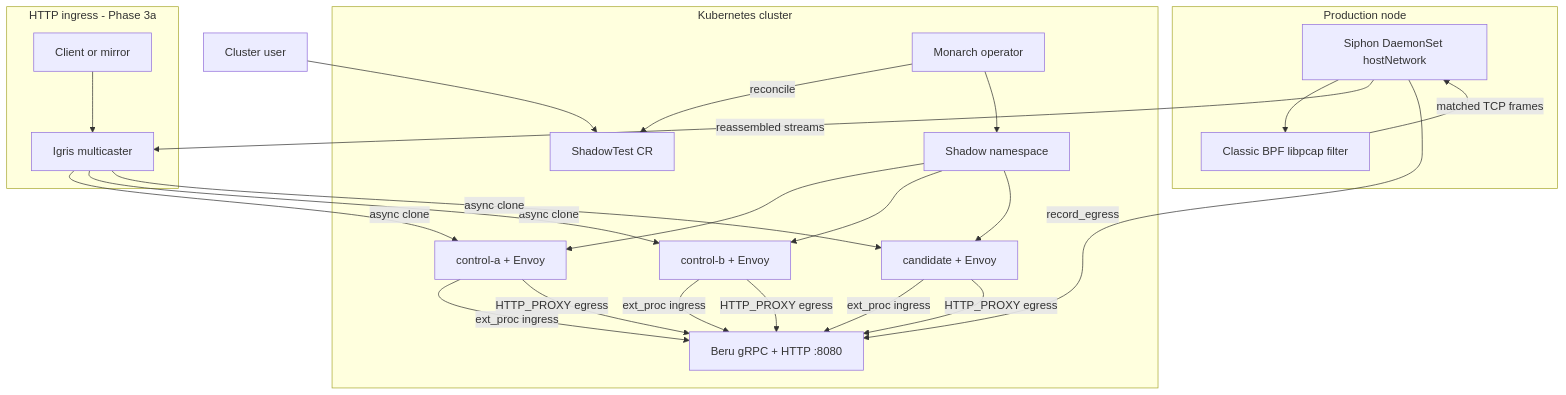
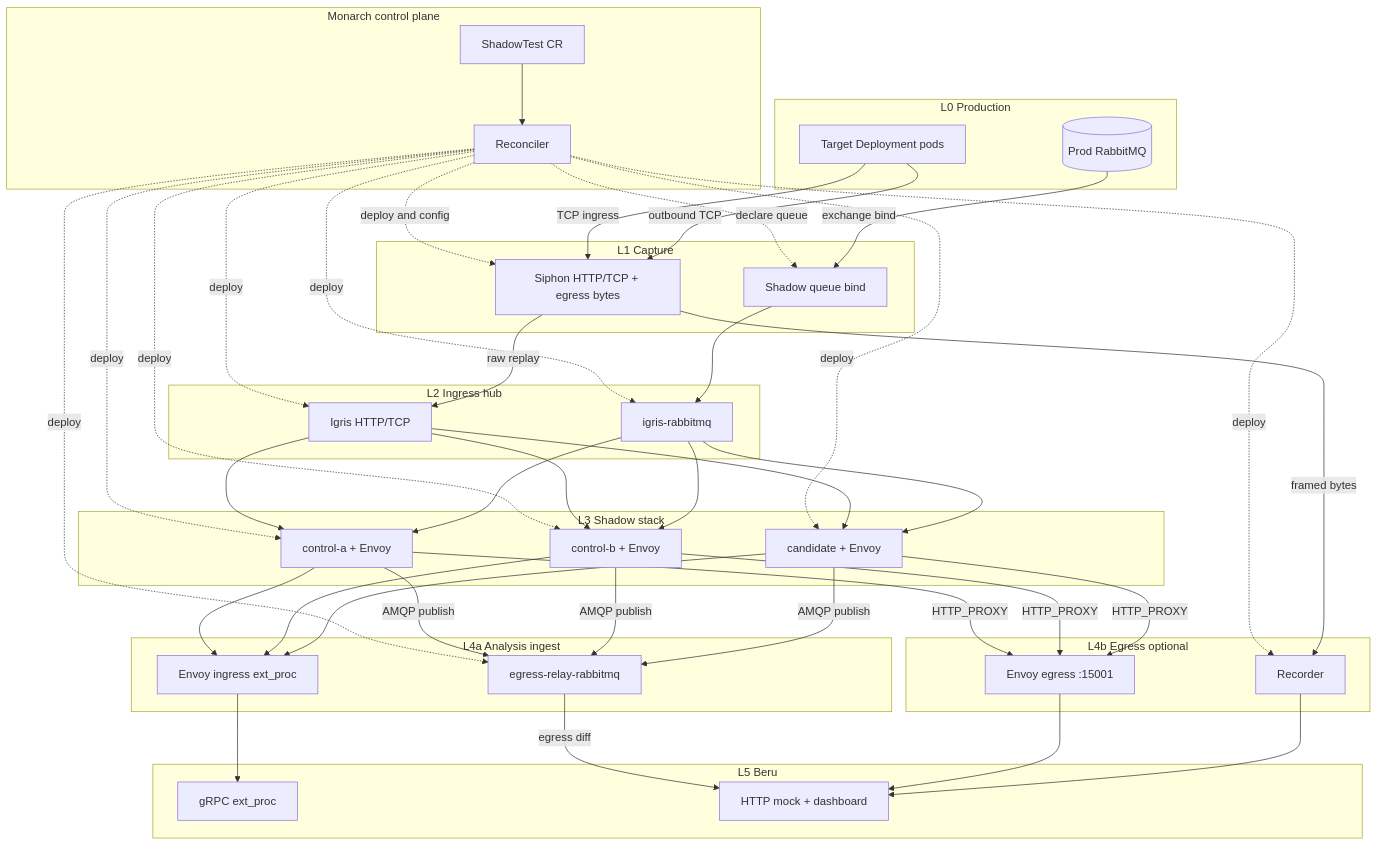
Before and after one commit to nederrgo/shadow-diff: the second of 5 diagrams in docs/architecture/ARCHITECTURE.md, drawn with Mermaid. The commit also changed other lines of this file and 4 other files, not shown here.

````diff
--- a/docs/architecture/ARCHITECTURE.md
+++ b/docs/architecture/ARCHITECTURE.md
@@ -38,41 +127,84 @@
 ```mermaid
 flowchart TB
-  subgraph prod [Production node]
-    Cap[Siphon DaemonSet hostNetwork]
-    BPF[Classic BPF libpcap filter]
-    Cap --> BPF
+  subgraph monarch [Monarch control plane]
+    CR[ShadowTest CR]
+    M[Reconciler]
+    CR --> M
   end
-  subgraph ingress [HTTP ingress - Phase 3a]
-    Client[Client or mirror]
-    Igris[Igris multicaster]
+
+  subgraph prod [L0 Production]
+    ProdPod[Target Deployment pods]
+    ProdBroker[(Prod RabbitMQ)]
   end
-  subgraph cluster [Kubernetes cluster]
-    CR[ShadowTest CR]
-    Monarch[Monarch operator]
-    SNS[Shadow namespace]
+
+  subgraph capture [L1 Capture]
+    Siphon[Siphon HTTP/TCP + egress bytes]
+    RMQBind[Shadow queue bind]
+  end
+
+  subgraph ingress [L2 Ingress hub]
+    IgrisHTTP[Igris HTTP/TCP]
+    IgrisRMQ[igris-rabbitmq]
+  end
+
+  subgraph shadow [L3 Shadow stack]
     A[control-a + Envoy]
     B[control-b + Envoy]
     C[candidate + Envoy]
-    Beru[Beru gRPC + HTTP :8080]
   end
 
-  Client --> Igris
-  BPF -->|matched TCP frames| Cap
-  Cap -->|reassembled streams| Igris
-  Igris -->|async clone| A
-  Igris -->|async clone| B
-  Igris -->|async clone| C
-  User[Cluster user] --> CR
-  Monarch -->|reconcile| CR
-  Monarch --> SNS
-  SNS --> A
-  SNS --> B
-  SNS --> C
-  A -->|ext_proc ingress| Beru
-  B -->|ext_proc ingress| Beru
-  C -->|ext_proc ingress| Beru
-  A -->|HTTP_PROXY egress| Beru
-  B -->|HTTP_PROXY egress| Beru
-  C -->|HTTP_PROXY egress| Beru
-  Cap -->|record_egress| Beru
+  subgraph analysis [L4a Analysis ingest]
+    ExtProc[Envoy ingress ext_proc]
+    EgrRelay[egress-relay-rabbitmq]
+  end
+
+  subgraph egress [L4b Egress optional]
+    Rec[Recorder]
+    EgrEnv[Envoy egress :15001]
+  end
+
+  subgraph beru [L5 Beru]
+    BeruGRPC[gRPC ext_proc]
+    BeruHTTP[HTTP mock + dashboard]
+  end
+
+  M -.->|deploy and config| Siphon
+  M -.->|declare queue| RMQBind
+  M -.->|deploy| IgrisHTTP
+  M -.->|deploy| IgrisRMQ
+  M -.->|deploy| A
+  M -.->|deploy| B
+  M -.->|deploy| C
+  M -.->|deploy| Rec
+  M -.->|deploy| EgrRelay
+
+  ProdPod -->|TCP ingress| Siphon
+  Siphon -->|raw replay| IgrisHTTP
+  ProdBroker -->|exchange bind| RMQBind
+  RMQBind --> IgrisRMQ
+
+  IgrisHTTP --> A
+  IgrisHTTP --> B
+  IgrisHTTP --> C
+  IgrisRMQ --> A
+  IgrisRMQ --> B
+  IgrisRMQ --> C
+
+  A --> ExtProc
+  B --> ExtProc
+  C --> ExtProc
+  ExtProc --> BeruGRPC
+  A -->|AMQP publish| EgrRelay
+  B -->|AMQP publish| EgrRelay
+  C -->|AMQP publish| EgrRelay
+  EgrRelay -->|egress diff| BeruHTTP
+
+  A -->|HTTP_PROXY| EgrEnv
+  B -->|HTTP_PROXY| EgrEnv
+  C -->|HTTP_PROXY| EgrEnv
+  EgrEnv --> BeruHTTP
+
+  ProdPod -->|outbound TCP| Siphon
+  Siphon -->|framed bytes| Rec
+  Rec --> BeruHTTP
 ```
````
